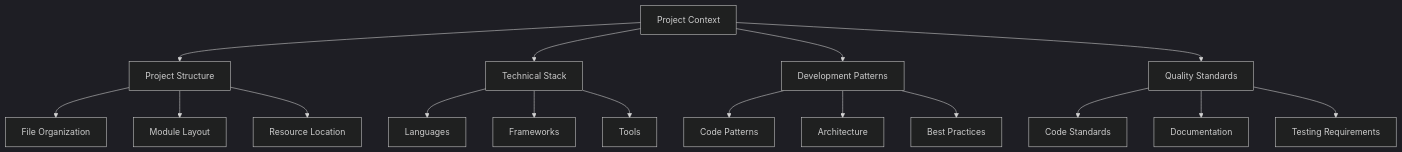
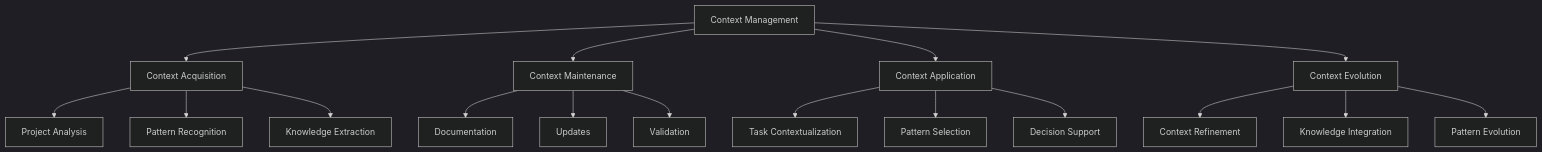
One commit to lamtran2601/zenreact changed the diagram in docs/ai-tooling/CONTEXT.md. Above: the diagram before and after it, drawn with Mermaid (dark theme). The commit also changed other lines of this file and 32 other files, not shown here.

Commit message:
feat(docs): add AI tooling patterns and system structure documentation

````diff
--- a/docs/ai-tooling/CONTEXT.md
+++ b/docs/ai-tooling/CONTEXT.md
@@ -19,23 +19,23 @@
 ```mermaid
 graph TD
-    A[Project Context] --> B[Project Structure]
-    A --> C[Technical Stack]
-    A --> D[Development Patterns]
-    A --> E[Quality Standards]
+    A[Context Management] --> B[Context Acquisition]
+    A --> C[Context Maintenance]
+    A --> D[Context Application]
+    A --> E[Context Evolution]
 
-    B --> B1[File Organization]
-    B --> B2[Module Layout]
-    B --> B3[Resource Location]
+    B --> B1[Project Analysis]
+    B --> B2[Pattern Recognition]
+    B --> B3[Knowledge Extraction]
 
-    C --> C1[Languages]
-    C --> C2[Frameworks]
-    C --> C3[Tools]
+    C --> C1[Documentation]
+    C --> C2[Updates]
+    C --> C3[Validation]
 
-    D --> D1[Code Patterns]
-    D --> D2[Architecture]
-    D --> D3[Best Practices]
+    D --> D1[Task Contextualization]
+    D --> D2[Pattern Selection]
+    D --> D3[Decision Support]
 
-    E --> E1[Code Standards]
-    E --> E2[Documentation]
-    E --> E3[Testing Requirements]
+    E --> E1[Context Refinement]
+    E --> E2[Knowledge Integration]
+    E --> E3[Pattern Evolution]
 ```
````
